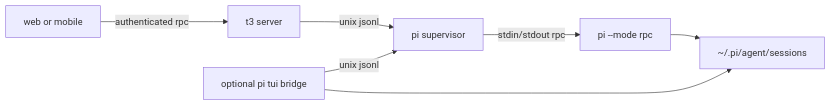
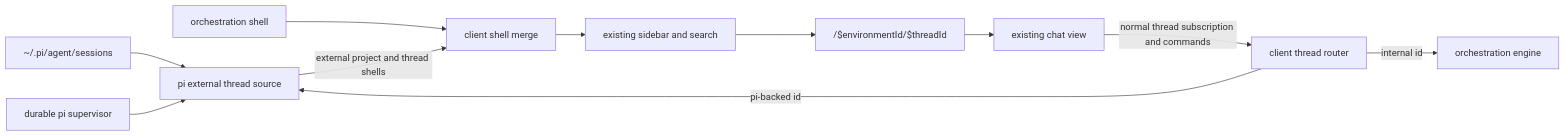
Before and after one commit to bdsqqq/t3code: the first of 2 diagrams in docs/architecture/native-pi-supervisor.md, drawn with Mermaid. The commit also changed other lines of this file, not shown here.

First line of the commit message:
docs(pi): specify external-backed threads

````diff
--- a/docs/architecture/native-pi-supervisor.md
+++ b/docs/architecture/native-pi-supervisor.md
@@ -7,8 +40,15 @@
 ```mermaid
 flowchart LR
-  Client[web or mobile] -->|authenticated rpc| Server[t3 server]
-  Server -->|unix jsonl| Supervisor[pi supervisor]
-  Supervisor -->|stdin/stdout rpc| Pi[pi --mode rpc]
-  Bridge[optional pi tui bridge] -->|unix jsonl| Supervisor
-  Pi & Bridge --> Sessions[~/.pi/agent/sessions]
+  JSONL["~/.pi/agent/sessions"] --> Source[pi external thread source]
+  Supervisor[durable pi supervisor] --> Source
+
+  Internal[orchestration shell] --> Merge[client shell merge]
+  Source -->|external project and thread shells| Merge
+  Merge --> Sidebar[existing sidebar and search]
+
+  Sidebar --> Route["/$environmentId/$threadId"]
+  Route --> Chat[existing chat view]
+  Chat -->|normal thread subscription and commands| Router[client thread router]
+  Router -->|internal id| Engine[orchestration engine]
+  Router -->|pi-backed id| Source
 ```
````
